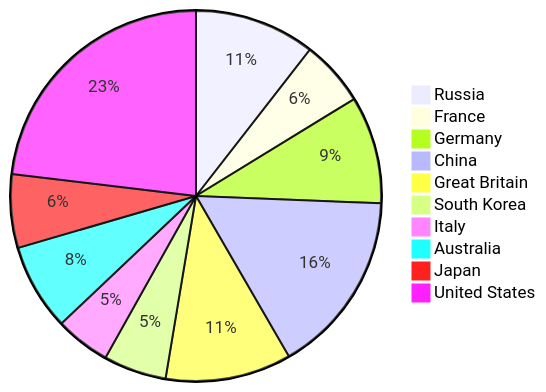
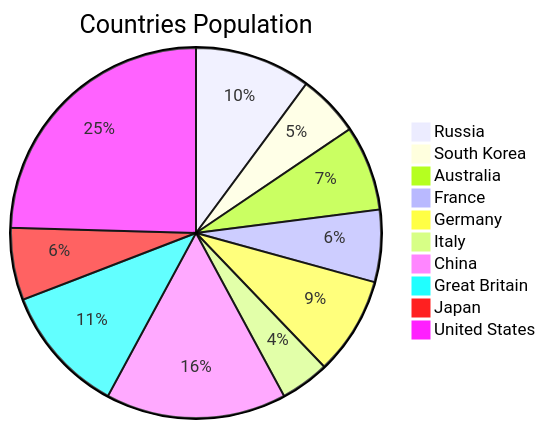
Before and after one commit to antononcube/Raku-LLM-Functions: the second of 8 diagrams in docs/Workflows-with-LLM-functions_woven.md, drawn with Mermaid. The commit also changed other lines of this file and 1 other file, not shown here.

````diff
--- a/docs/Workflows-with-LLM-functions_woven.md
+++ b/docs/Workflows-with-LLM-functions_woven.md
@@ -490,13 +508,14 @@
 ```mermaid
 pie
-  "Russia": 46
-  "France": 25
-  "Germany": 41
-  "China": 70
-  "Great Britain": 48
-  "South Korea": 24
-  "Italy": 21
-  "Australia": 33
-  "Japan": 28
-  "United States": 101
+  title Countries Population
+  "Russia" : 45
+  "South Korea" : 24
+  "Australia" : 33
+  "France" : 28
+  "Germany" : 38
+  "Italy" : 19
+  "China" : 70
+  "Great Britain" : 50
+  "Japan" : 28
+  "United States" : 109
 ```
````
